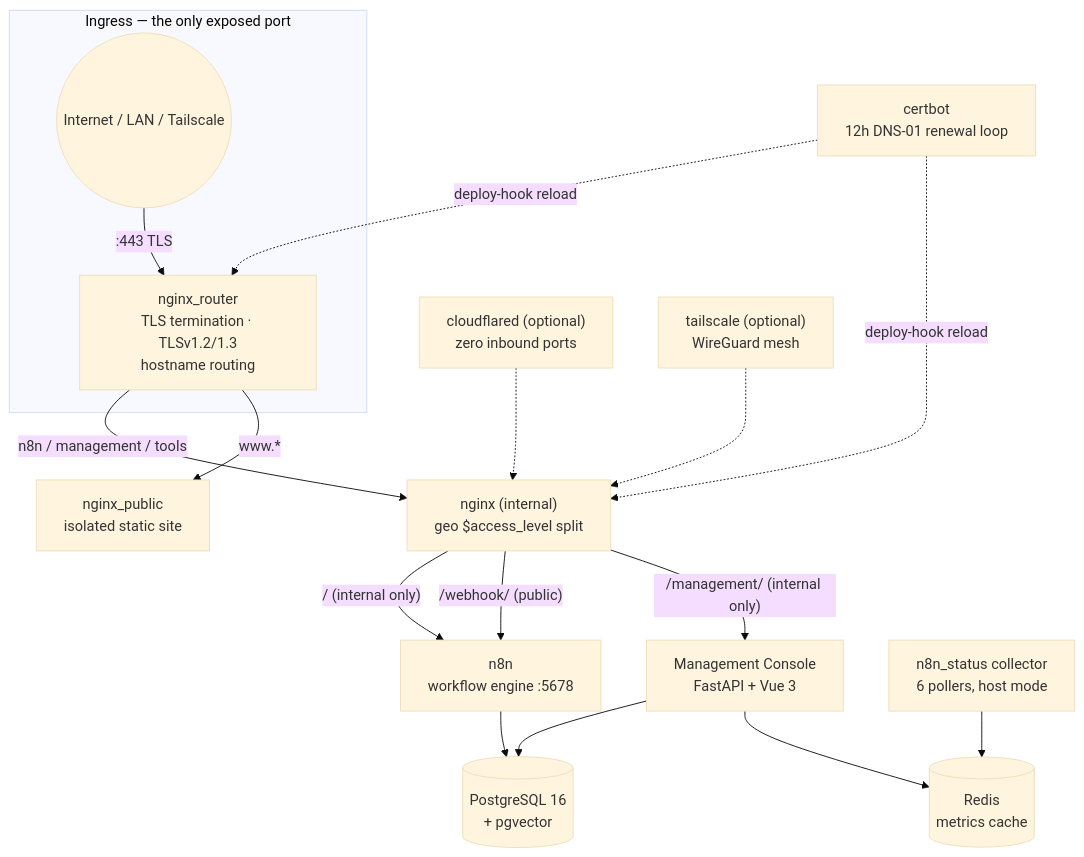
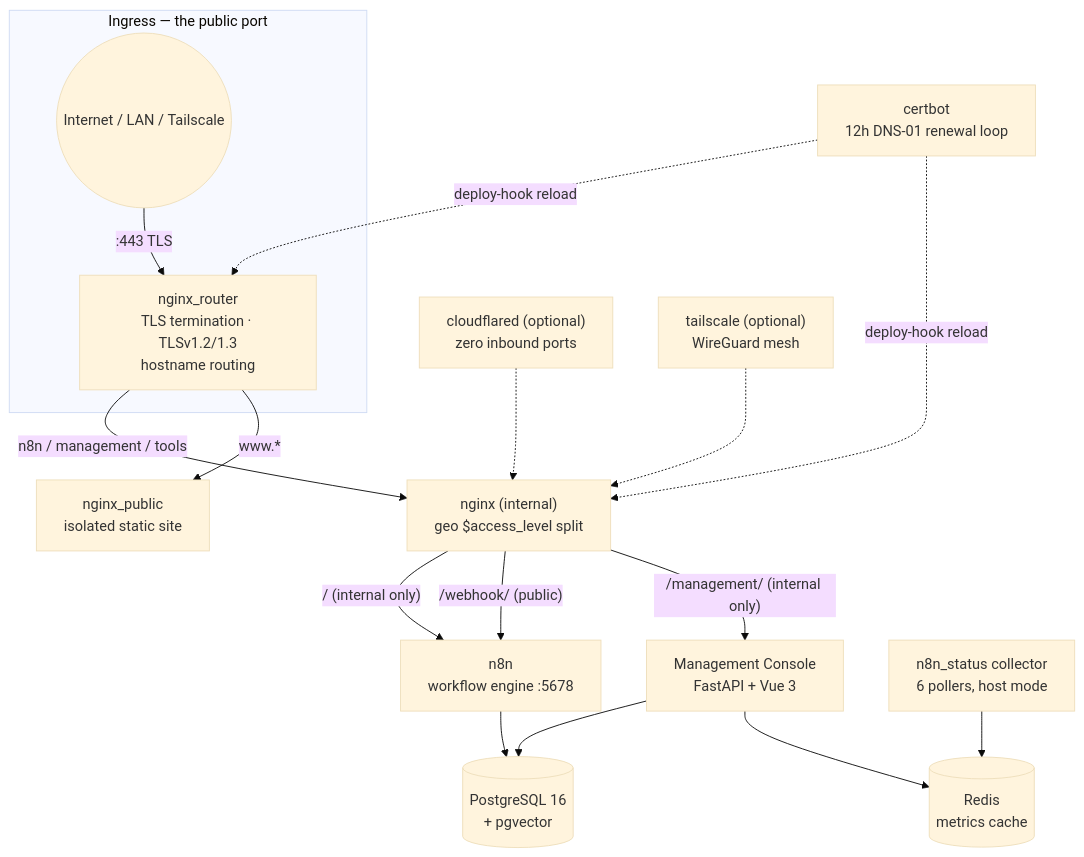
The diagram in README.md (rjsears/n8n_nginx), drawn with Mermaid (base theme) before and after one commit. The commit also changed other lines of this file and 10 other files, not shown here.

````diff
--- a/README.md
+++ b/README.md
@@ -167,24 +168,24 @@
 ```mermaid
 flowchart TB
-    subgraph ingress["Ingress — the only exposed port"]
+    subgraph ingress["Ingress — the public port"]
         INET(("Internet / LAN / Tailscale")) -->|":443 TLS"| ROUTER["nginx_router<br/>TLS termination · TLSv1.2/1.3<br/>hostname routing"]
     end
 
     ROUTER -->|"n8n / management / tools"| NGINX["nginx (internal)<br/>geo $access_level split"]
     ROUTER -->|"www.*"| PUB["nginx_public<br/>isolated static site"]
 
     NGINX -->|"/ (internal only)"| N8N["n8n<br/>workflow engine :5678"]
     NGINX -->|"/webhook/ (public)"| N8N
     NGINX -->|"/management/ (internal only)"| MGMT["Management Console<br/>FastAPI + Vue 3"]
 
     N8N --> PG[("PostgreSQL 16<br/>+ pgvector")]
     MGMT --> PG
     MGMT --> REDIS[("Redis<br/>metrics cache")]
     STATUS["n8n_status collector<br/>6 pollers, host mode"] --> REDIS
 
     CERTBOT["certbot<br/>12h DNS-01 renewal loop"] -.->|"deploy-hook reload"| ROUTER
     CERTBOT -.->|"deploy-hook reload"| NGINX
 
     CF["cloudflared (optional)<br/>zero inbound ports"] -.-> NGINX
     TS["tailscale (optional)<br/>WireGuard mesh"] -.-> NGINX
 ```
````
